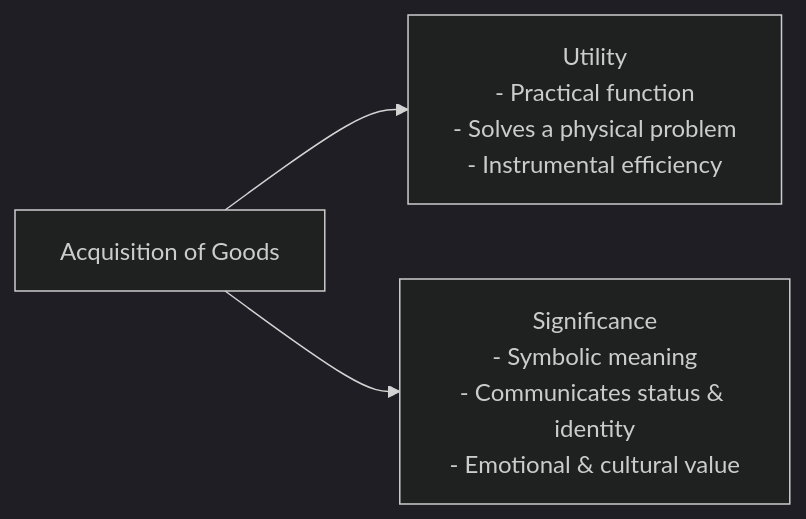
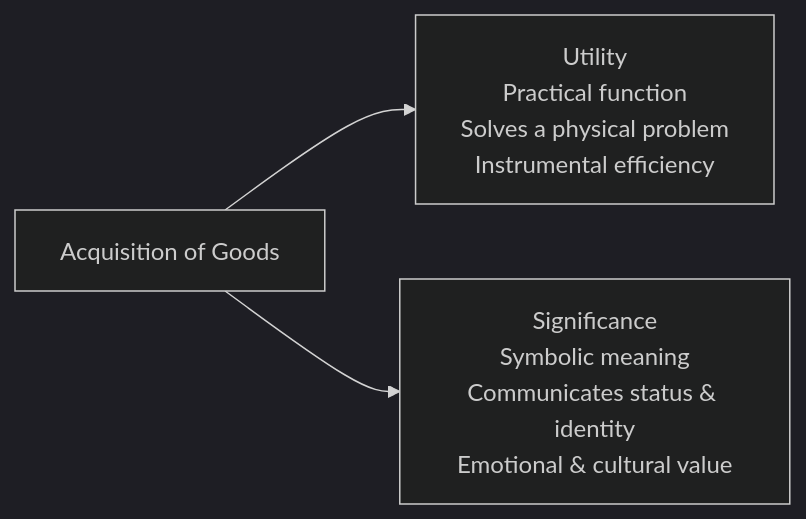
Before and after one commit to aidocmr/learn-bscs: the third of 4 diagrams in content/Year 1/Understanding the Self/9. The Material Self.md, drawn with Mermaid (dark theme). The commit also changed other lines of this file and 20 other files, not shown here.

First line of the commit message:
fix: Remove markdown lists and numbered prefixes from all Mermaid diagrams

````diff
--- a/content/Year 1/Understanding the Self/9. The Material Self.md
+++ b/content/Year 1/Understanding the Self/9. The Material Self.md
@@ -59,5 +59,5 @@
 ```mermaid
 graph LR
-    Acquisition["Acquisition of Goods"] --> Util["Utility<br/>- Practical function<br/>- Solves a physical problem<br/>- Instrumental efficiency"]
-    Acquisition --> Sig["Significance<br/>- Symbolic meaning<br/>- Communicates status & identity<br/>- Emotional & cultural value"]
+    Acquisition["Acquisition of Goods"] --> Util["Utility<br/>Practical function<br/>Solves a physical problem<br/>Instrumental efficiency"]
+    Acquisition --> Sig["Significance<br/>Symbolic meaning<br/>Communicates status & identity<br/>Emotional & cultural value"]
 ```
````
